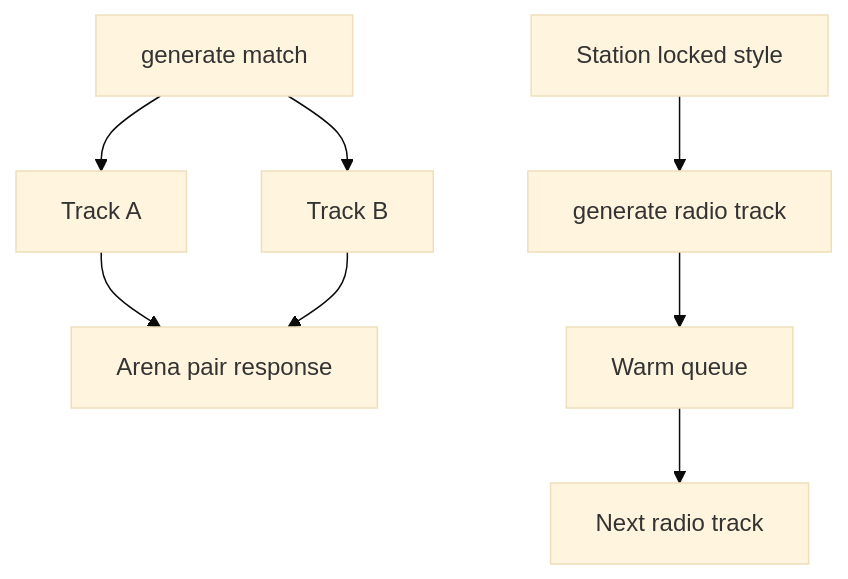
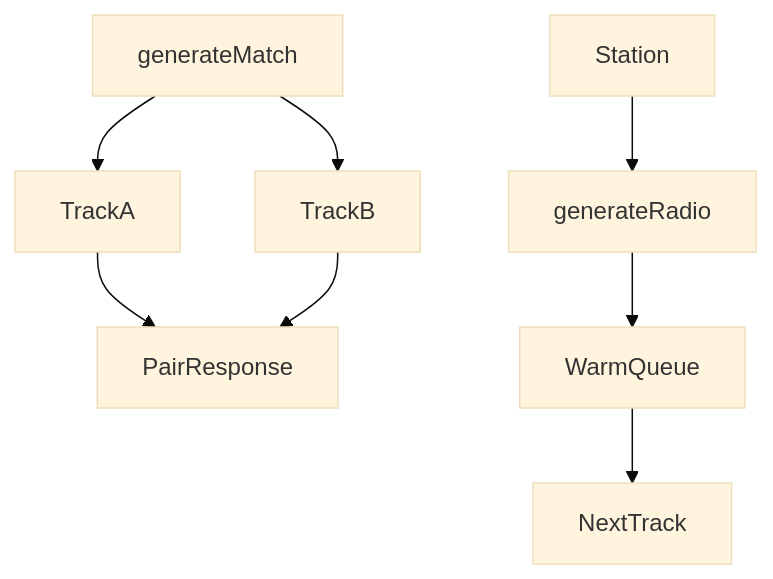
Before and after one commit to LuisSanchez/music-arena: the third of 3 diagrams in docs/how-to.md, drawn with Mermaid (base theme). The commit also changed other lines of this file, not shown here.

First line of the commit message:
Fix Mermaid pipeline diagram reserved-word parse error

````diff
--- a/docs/how-to.md
+++ b/docs/how-to.md
@@ -96,11 +89,10 @@
 ```mermaid
 graph TD
-  M[generate match] --> T1[Track A]
-  M --> T2[Track B]
-  T1 --> P[Arena pair response]
+  M[generateMatch] --> T1[TrackA]
+  M --> T2[TrackB]
+  T1 --> P[PairResponse]
   T2 --> P
-
-  S[Station locked style] --> R[generate radio track]
-  R --> Q[Warm queue]
-  Q --> N[Next radio track]
+  S[Station] --> R[generateRadio]
+  R --> Q[WarmQueue]
+  Q --> N[NextTrack]
 ```
````
